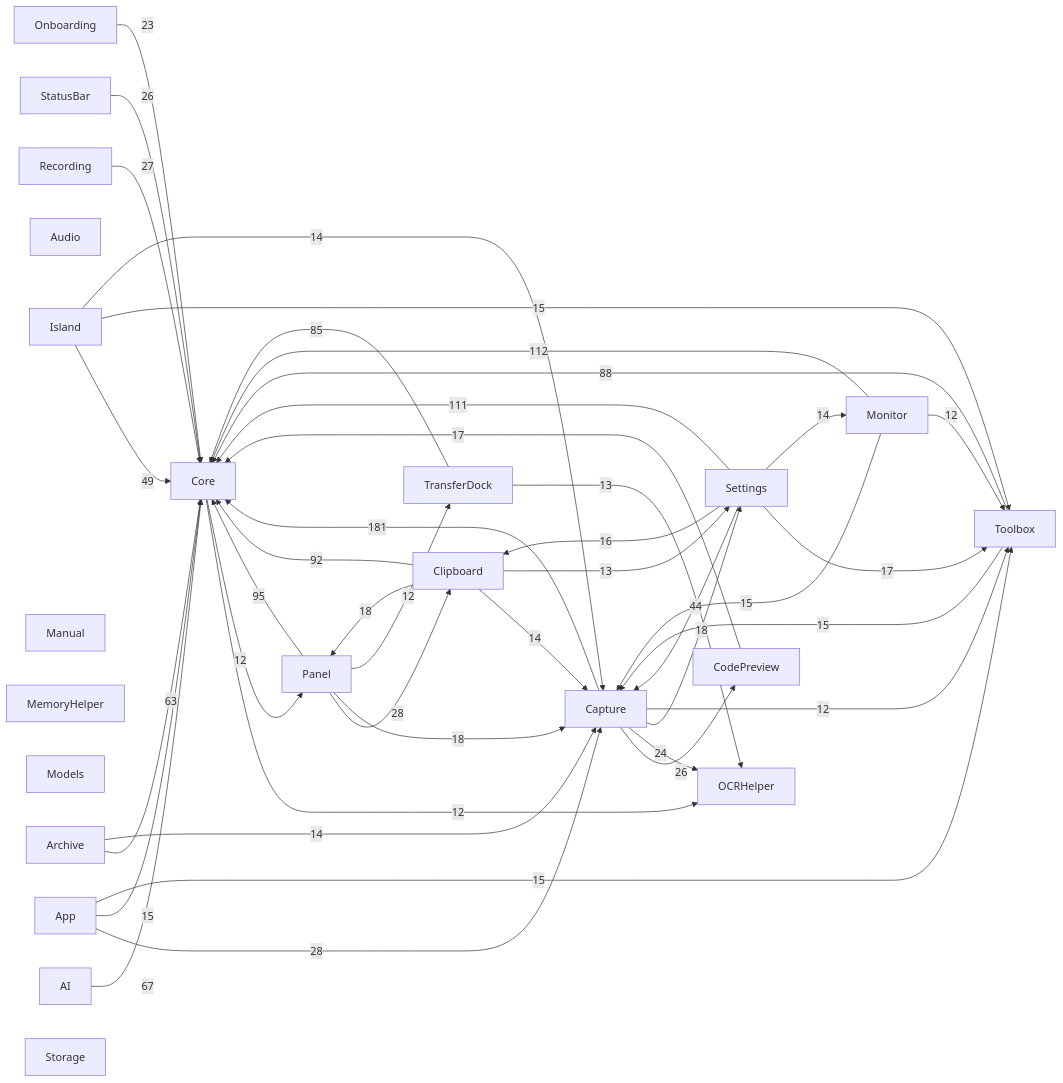
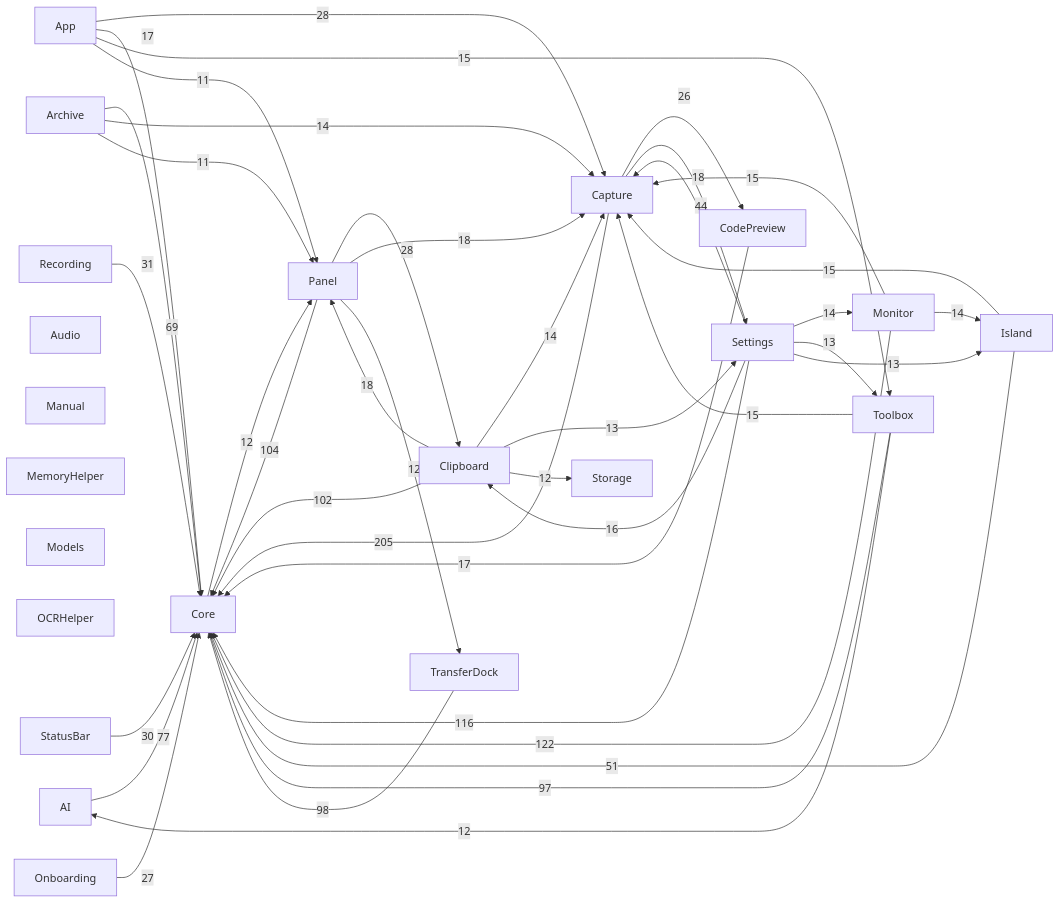
Before and after one commit to sxyq/Kitnest: the diagram in docs/00-总览/模块依赖图.md, drawn with Mermaid. The commit also changed other lines of this file and 4 other files, not shown here.

````diff
--- a/docs/00-总览/模块依赖图.md
+++ b/docs/00-总览/模块依赖图.md
@@ -36,65 +36,65 @@
 ```mermaid
 flowchart LR
   M0["AI"]
   M1["App"]
   M2["Archive"]
   M3["Audio"]
   M4["Capture"]
   M5["Clipboard"]
   M6["CodePreview"]
   M7["Core"]
   M8["Island"]
   M9["Manual"]
   M10["MemoryHelper"]
   M11["Models"]
   M12["Monitor"]
   M13["OCRHelper"]
   M14["Onboarding"]
   M15["Panel"]
   M16["Recording"]
   M17["Settings"]
   M18["StatusBar"]
   M19["Storage"]
   M20["Toolbox"]
   M21["TransferDock"]
-  M4 -->|181| M7
-  M12 -->|112| M7
-  M17 -->|111| M7
-  M15 -->|95| M7
-  M5 -->|92| M7
-  M20 -->|88| M7
-  M21 -->|85| M7
-  M0 -->|67| M7
-  M2 -->|63| M7
-  M8 -->|49| M7
+  M4 -->|205| M7
+  M12 -->|122| M7
+  M17 -->|116| M7
+  M15 -->|104| M7
+  M5 -->|102| M7
+  M21 -->|98| M7
+  M20 -->|97| M7
+  M0 -->|77| M7
+  M2 -->|69| M7
+  M8 -->|51| M7
   M17 -->|44| M4
+  M16 -->|31| M7
+  M18 -->|30| M7
   M1 -->|28| M4
   M15 -->|28| M5
-  M16 -->|27| M7
+  M14 -->|27| M7
   M4 -->|26| M6
-  M18 -->|26| M7
-  M4 -->|24| M13
-  M14 -->|23| M7
   M4 -->|18| M17
+  M5 -->|18| M15
   M15 -->|18| M4
-  M5 -->|18| M15
-  M17 -->|17| M20
+  M1 -->|17| M7
   M6 -->|17| M7
   M17 -->|16| M5
-  M1 -->|15| M7
   M1 -->|15| M20
+  M8 -->|15| M4
   M12 -->|15| M4
   M20 -->|15| M4
-  M8 -->|15| M20
+  M2 -->|14| M4
+  M5 -->|14| M4
+  M12 -->|14| M8
   M17 -->|14| M12
-  M2 -->|14| M4
-  M8 -->|14| M4
-  M5 -->|14| M4
-  M21 -->|13| M13
   M5 -->|13| M17
-  M7 -->|12| M13
+  M17 -->|13| M20
+  M17 -->|13| M8
   M7 -->|12| M15
-  M4 -->|12| M20
-  M12 -->|12| M20
+  M5 -->|12| M19
   M15 -->|12| M21
+  M20 -->|12| M0
+  M1 -->|11| M15
+  M2 -->|11| M15
 ```
````
